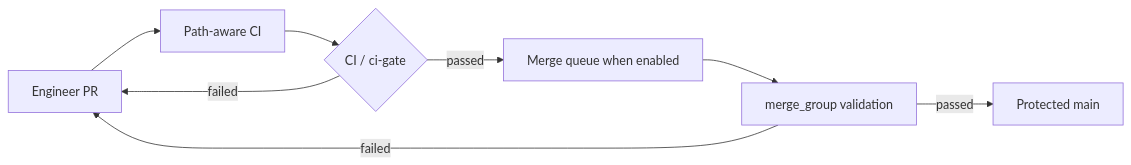
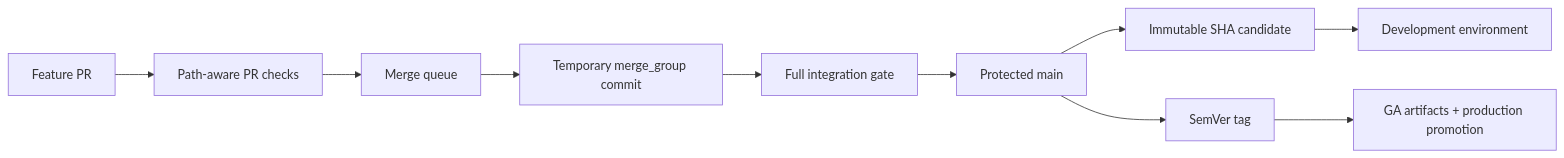
One commit to sqe/AQE changed the first of 3 diagrams in docs/production-release.md. Above: the diagram before and after it, drawn with Mermaid. The commit also changed other lines of this file and 57 other files, not shown here.

````diff
--- a/docs/production-release.md
+++ b/docs/production-release.md
@@ -6,10 +8,12 @@
 ```mermaid
 flowchart LR
-    A[Engineer PR] --> B[Path-aware CI]
-    B --> C{CI / ci-gate}
-    C -->|failed| A
-    C -->|passed| D[Merge queue when enabled]
-    D --> E[merge_group validation]
-    E -->|passed| F[Protected main]
-    E -->|failed| A
+    A[Feature PR] --> B[Path-aware PR checks]
+    B --> C[Merge queue]
+    C --> D[Temporary merge_group commit]
+    D --> E[Full integration gate]
+    E --> F[Protected main]
+    F --> G[Immutable SHA candidate]
+    G --> H[Development environment]
+    F --> I[SemVer tag]
+    I --> J[GA artifacts + production promotion]
 ```
````
